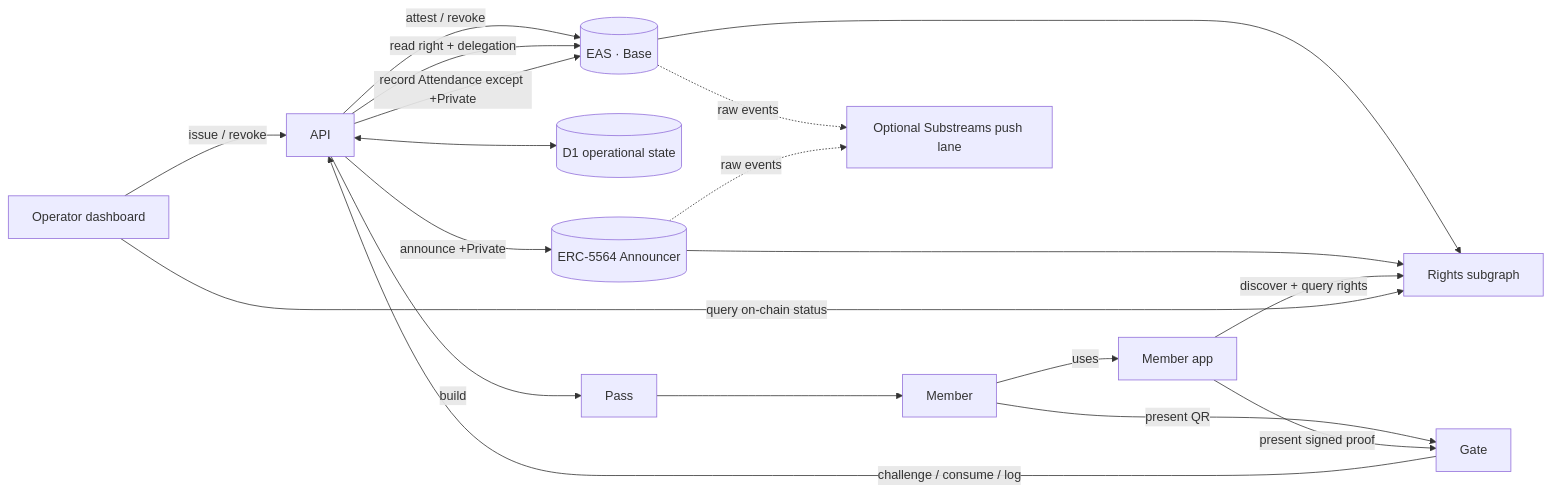
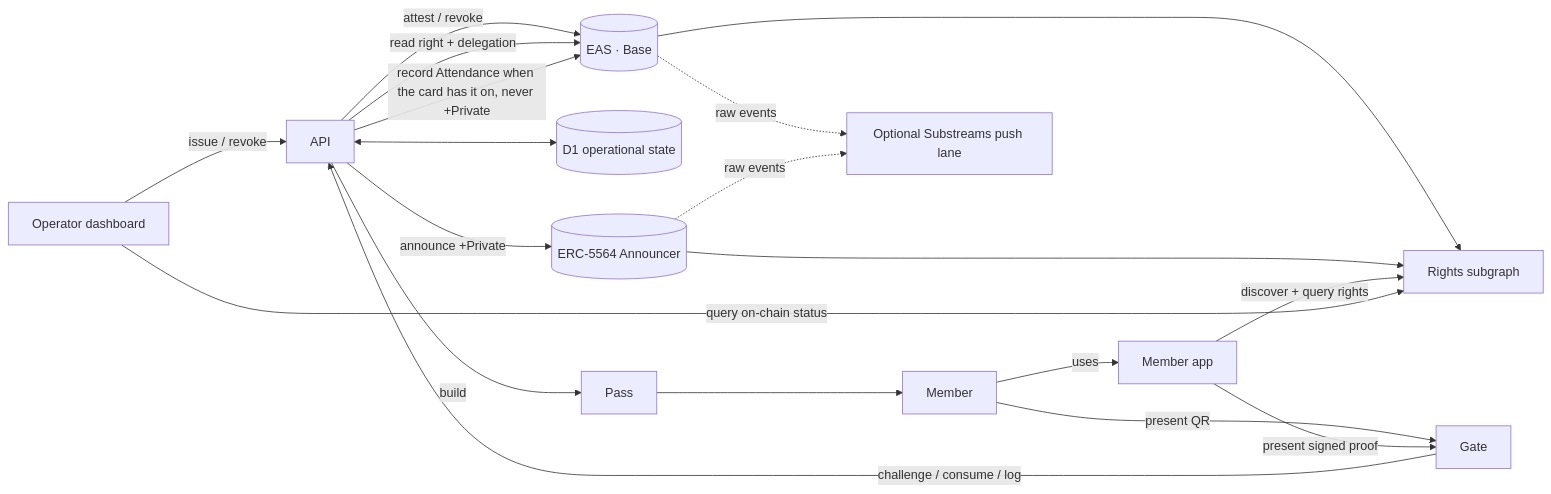
One commit to oboroxyz/fuda-sh changed the diagram in docs/architecture.md. Above: the diagram before and after it, drawn with Mermaid. The commit also changed 2 other files, not shown here.

Commit message:
docs: Attendance is per card in the READMEs and architecture overview

````diff
--- a/docs/architecture.md
+++ b/docs/architecture.md
@@ -5,21 +5,21 @@
 ```mermaid
 flowchart LR
     D[Operator dashboard] -->|issue / revoke| API[API]
     API -->|attest / revoke| EAS[(EAS · Base)]
     API <--> D1[(D1 operational state)]
     API -->|build| P[Pass]
     API -->|announce +Private| AN[(ERC-5564 Announcer)]
     P --> M[Member]
     M -->|present QR| G[Gate]
     M -->|uses| A[Member app]
     A -->|present signed proof| G
     EAS --> Q[Rights subgraph]
     AN --> Q
     A -->|discover + query rights| Q
     D -->|query on-chain status| Q
     EAS -. raw events .-> S[Optional Substreams push lane]
     AN -. raw events .-> S
     API -->|read right + delegation| EAS
     G -->|challenge / consume / log| API
-    API -->|record Attendance except +Private| EAS
+    API -->|record Attendance when the card has it on, never +Private| EAS
 ```
````
